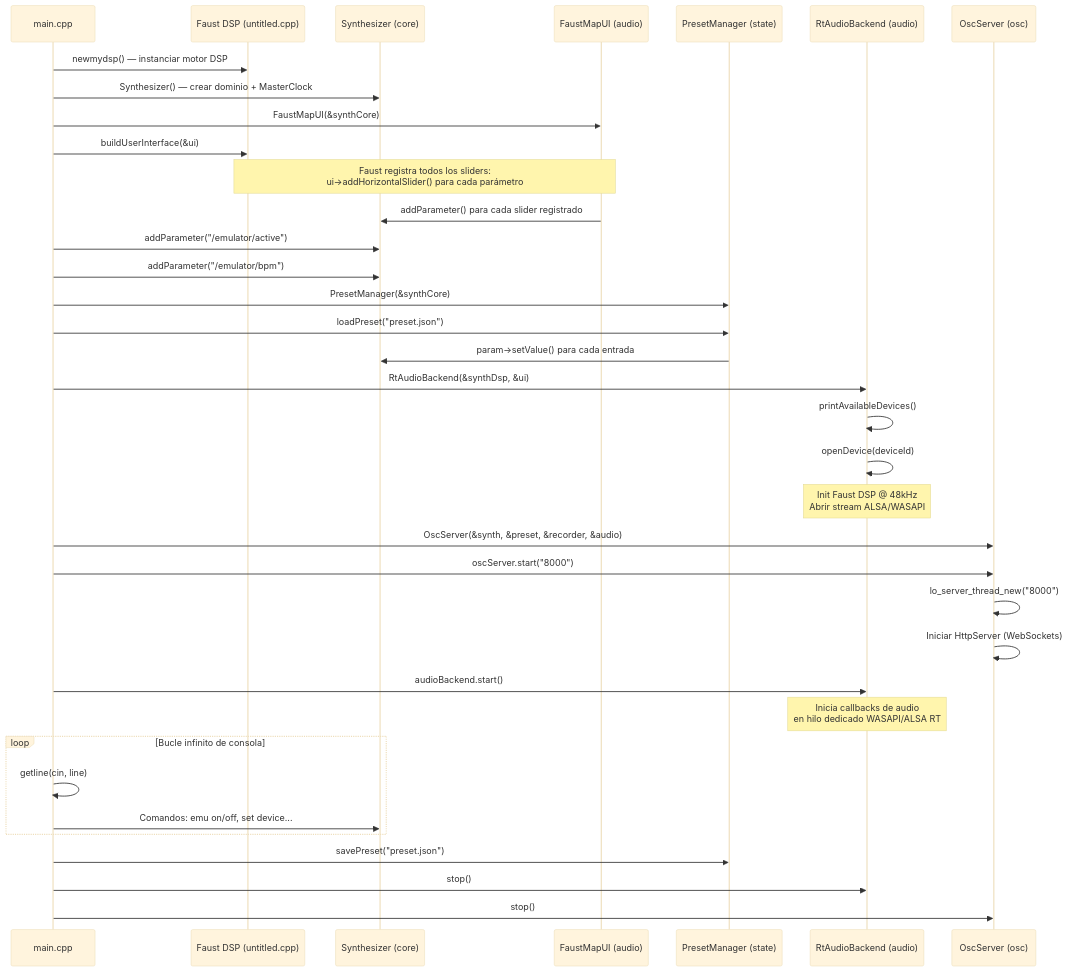
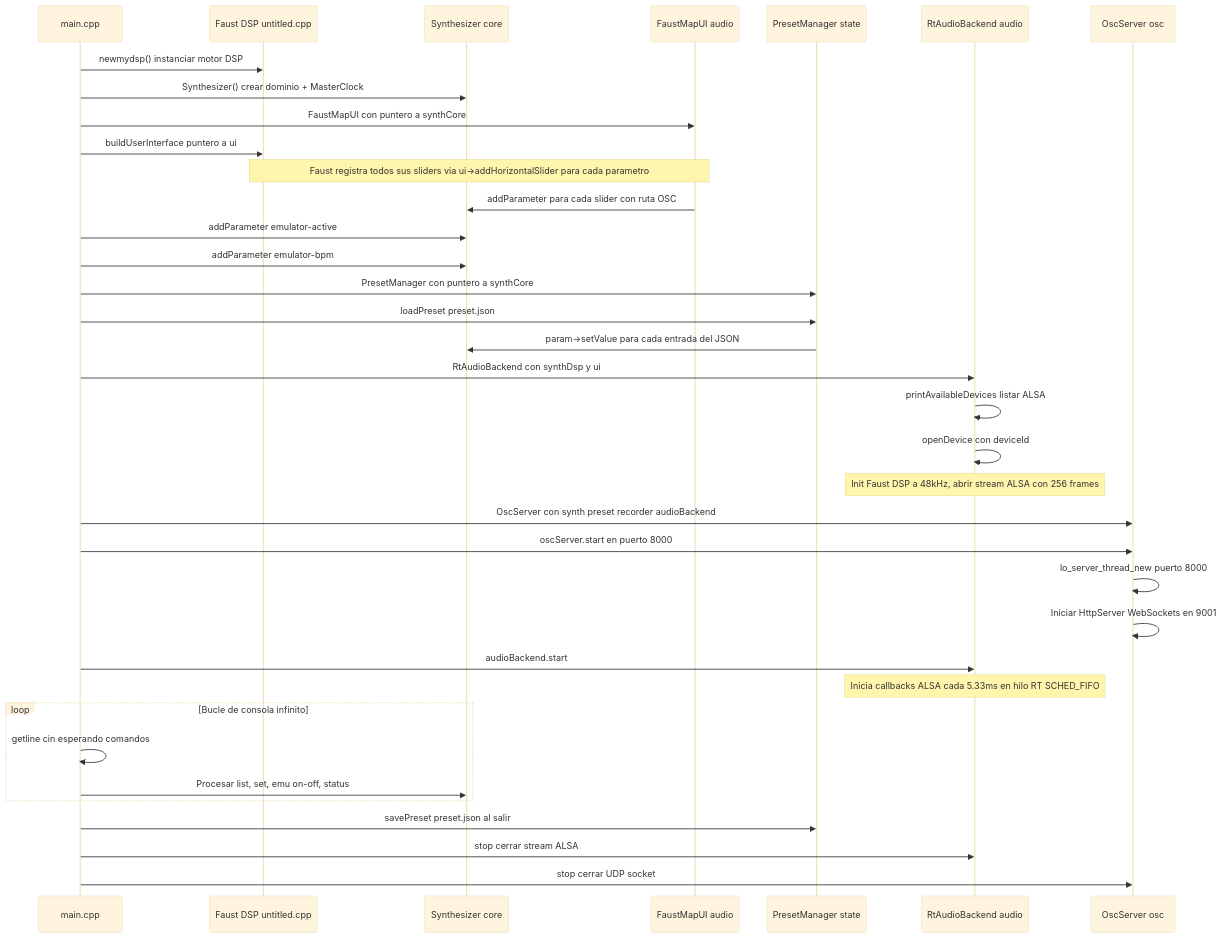
Diagram 11 of 12 in README.md (Zann181/sintetizador), drawn with Mermaid (base theme) before and after one commit. The commit also changed other lines of this file, not shown here.

````diff
--- a/README.md
+++ b/README.md
@@ -926,39 +1561,39 @@
 ```mermaid
 sequenceDiagram
     participant MAIN as main.cpp
-    participant FDSP as Faust DSP (untitled.cpp)
-    participant CORE as Synthesizer (core)
-    participant UI as FaustMapUI (audio)
-    participant PRESET as PresetManager (state)
-    participant RTAUDIO as RtAudioBackend (audio)
-    participant OSC as OscServer (osc)
+    participant FDSP as Faust DSP untitled.cpp
+    participant CORE as Synthesizer core
+    participant UI as FaustMapUI audio
+    participant PRESET as PresetManager state
+    participant RTAUDIO as RtAudioBackend audio
+    participant OSC as OscServer osc
 
-    MAIN->>FDSP: newmydsp() — instanciar motor DSP
-    MAIN->>CORE: Synthesizer() — crear dominio + MasterClock
-    MAIN->>UI: FaustMapUI(&synthCore)
-    MAIN->>FDSP: buildUserInterface(&ui)
-    Note over FDSP,UI: Faust registra todos los sliders:<br/>ui->addHorizontalSlider() para cada parámetro
-    UI->>CORE: addParameter() para cada slider registrado
-    MAIN->>CORE: addParameter("/emulator/active")
-    MAIN->>CORE: addParameter("/emulator/bpm")
-    MAIN->>PRESET: PresetManager(&synthCore)
-    MAIN->>PRESET: loadPreset("preset.json")
-    PRESET->>CORE: param->setValue() para cada entrada
-    MAIN->>RTAUDIO: RtAudioBackend(&synthDsp, &ui)
-    RTAUDIO->>RTAUDIO: printAvailableDevices()
-    RTAUDIO->>RTAUDIO: openDevice(deviceId)
-    Note over RTAUDIO: Init Faust DSP @ 48kHz<br/>Abrir stream ALSA/WASAPI
-    MAIN->>OSC: OscServer(&synth, &preset, &recorder, &audio)
-    MAIN->>OSC: oscServer.start("8000")
-    OSC->>OSC: lo_server_thread_new("8000")
-    OSC->>OSC: Iniciar HttpServer (WebSockets)
-    MAIN->>RTAUDIO: audioBackend.start()
-    Note over RTAUDIO: Inicia callbacks de audio<br/>en hilo dedicado WASAPI/ALSA RT
-    loop Bucle infinito de consola
-        MAIN->>MAIN: getline(cin, line)
-        MAIN->>CORE: Comandos: emu on/off, set device...
+    MAIN->>FDSP: newmydsp() instanciar motor DSP
+    MAIN->>CORE: Synthesizer() crear dominio + MasterClock
+    MAIN->>UI: FaustMapUI con puntero a synthCore
+    MAIN->>FDSP: buildUserInterface puntero a ui
+    Note over FDSP,UI: Faust registra todos sus sliders via ui->addHorizontalSlider para cada parametro
+    UI->>CORE: addParameter para cada slider con ruta OSC
+    MAIN->>CORE: addParameter emulator-active
+    MAIN->>CORE: addParameter emulator-bpm
+    MAIN->>PRESET: PresetManager con puntero a synthCore
+    MAIN->>PRESET: loadPreset preset.json
+    PRESET->>CORE: param->setValue para cada entrada del JSON
+    MAIN->>RTAUDIO: RtAudioBackend con synthDsp y ui
+    RTAUDIO->>RTAUDIO: printAvailableDevices listar ALSA
+    RTAUDIO->>RTAUDIO: openDevice con deviceId
+    Note over RTAUDIO: Init Faust DSP a 48kHz, abrir stream ALSA con 256 frames
+    MAIN->>OSC: OscServer con synth preset recorder audioBackend
+    MAIN->>OSC: oscServer.start en puerto 8000
+    OSC->>OSC: lo_server_thread_new puerto 8000
+    OSC->>OSC: Iniciar HttpServer WebSockets en 9001
+    MAIN->>RTAUDIO: audioBackend.start
+    Note over RTAUDIO: Inicia callbacks ALSA cada 5.33ms en hilo RT SCHED_FIFO
+    loop Bucle de consola infinito
+        MAIN->>MAIN: getline cin esperando comandos
+        MAIN->>CORE: Procesar list, set, emu on-off, status
     end
-    MAIN->>PRESET: savePreset("preset.json")
-    MAIN->>RTAUDIO: stop()
-    MAIN->>OSC: stop()
+    MAIN->>PRESET: savePreset preset.json al salir
+    MAIN->>RTAUDIO: stop cerrar stream ALSA
+    MAIN->>OSC: stop cerrar UDP socket
 ```
````
